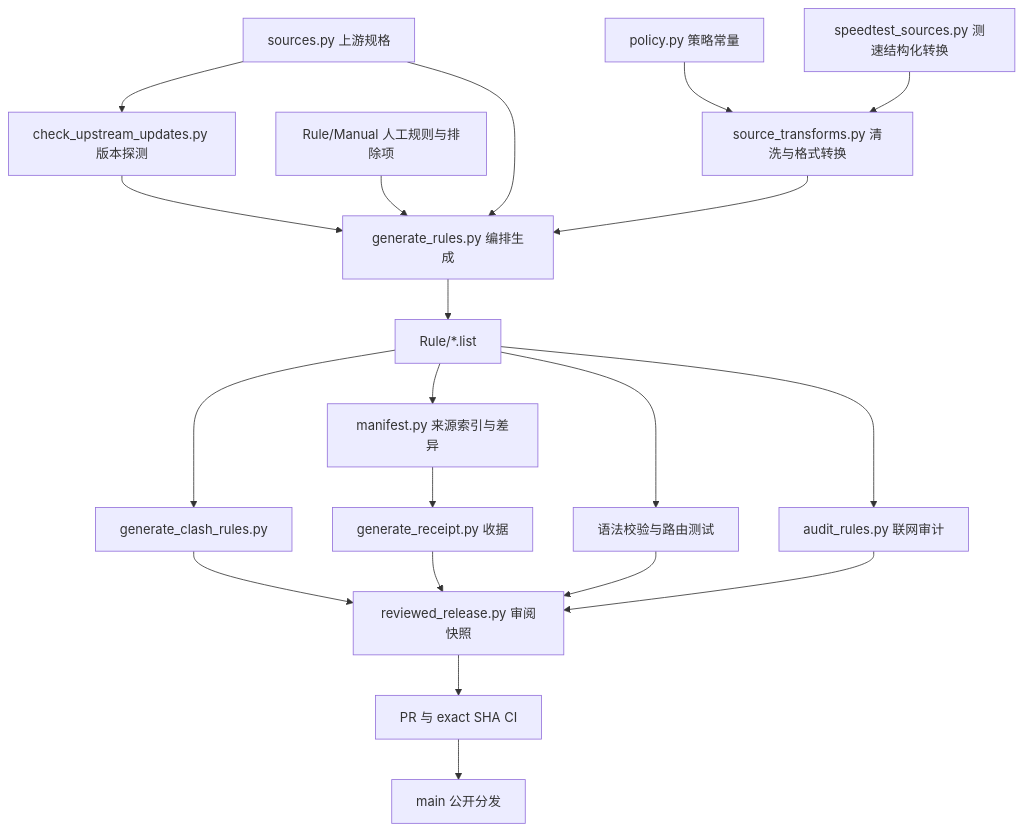
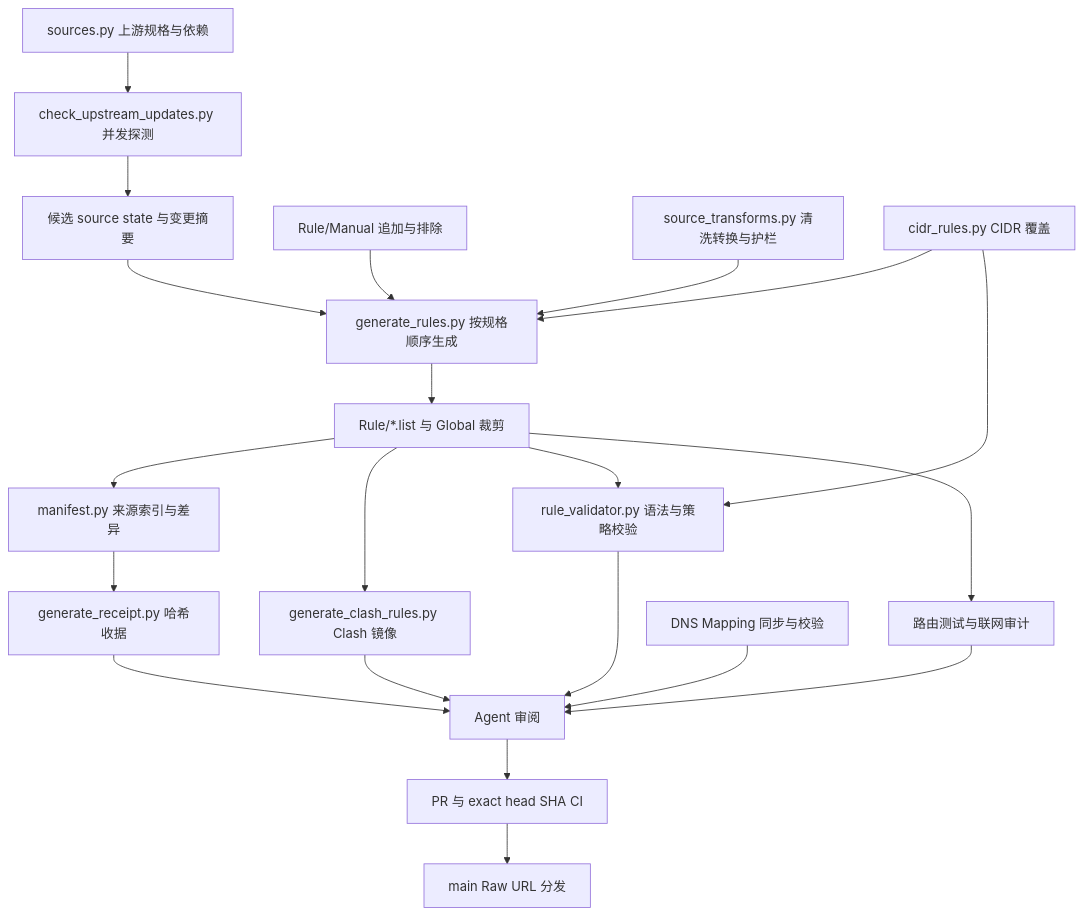
One commit to linnux-x/surge changed the diagram in ARCHITECTURE.md. Above: the diagram before and after it, drawn with Mermaid. The commit also changed other lines of this file and 16 other files, not shown here.

````diff
--- a/ARCHITECTURE.md
+++ b/ARCHITECTURE.md
@@ -9,22 +13,23 @@
 ```mermaid
 flowchart TD
-    S[sources.py 上游规格] --> U[check_upstream_updates.py 版本探测]
-    U --> G[generate_rules.py 编排生成]
-    M[Rule/Manual 人工规则与排除项] --> G
-    S --> G
-    T[source_transforms.py 清洗与格式转换] --> G
-    P[policy.py 策略常量] --> T
-    ST[speedtest_sources.py 测速结构化转换] --> T
-    G --> R[Rule/*.list]
+    S[sources.py 上游规格与依赖] --> U[check_upstream_updates.py 并发探测]
+    U --> N[候选 source state 与变更摘要]
+    N --> G[generate_rules.py 按规格顺序生成]
+    M[Rule/Manual 追加与排除] --> G
+    T[source_transforms.py 清洗转换与护栏] --> G
+    C[cidr_rules.py CIDR 覆盖] --> G
+    C --> V[rule_validator.py 语法与策略校验]
+    G --> R[Rule/*.list 与 Global 裁剪]
     R --> MF[manifest.py 来源索引与差异]
-    R --> C[generate_clash_rules.py]
-    MF --> RC[generate_receipt.py 收据]
-    R --> V[语法校验与路由测试]
-    R --> A[audit_rules.py 联网审计]
-    C --> B[reviewed_release.py 审阅快照]
-    RC --> B
-    V --> B
-    A --> B
-    B --> PR[PR 与 exact SHA CI]
-    PR --> MAIN[main 公开分发]
+    R --> CL[generate_clash_rules.py Clash 镜像]
+    MF --> RC[generate_receipt.py 哈希收据]
+    R --> V
+    R --> RT[路由测试与联网审计]
+    D[DNS Mapping 同步与校验] --> REVIEW[Agent 审阅]
+    V --> REVIEW
+    RT --> REVIEW
+    CL --> REVIEW
+    RC --> REVIEW
+    REVIEW --> PR[PR 与 exact head SHA CI]
+    PR --> MAIN[main Raw URL 分发]
 ```
````
